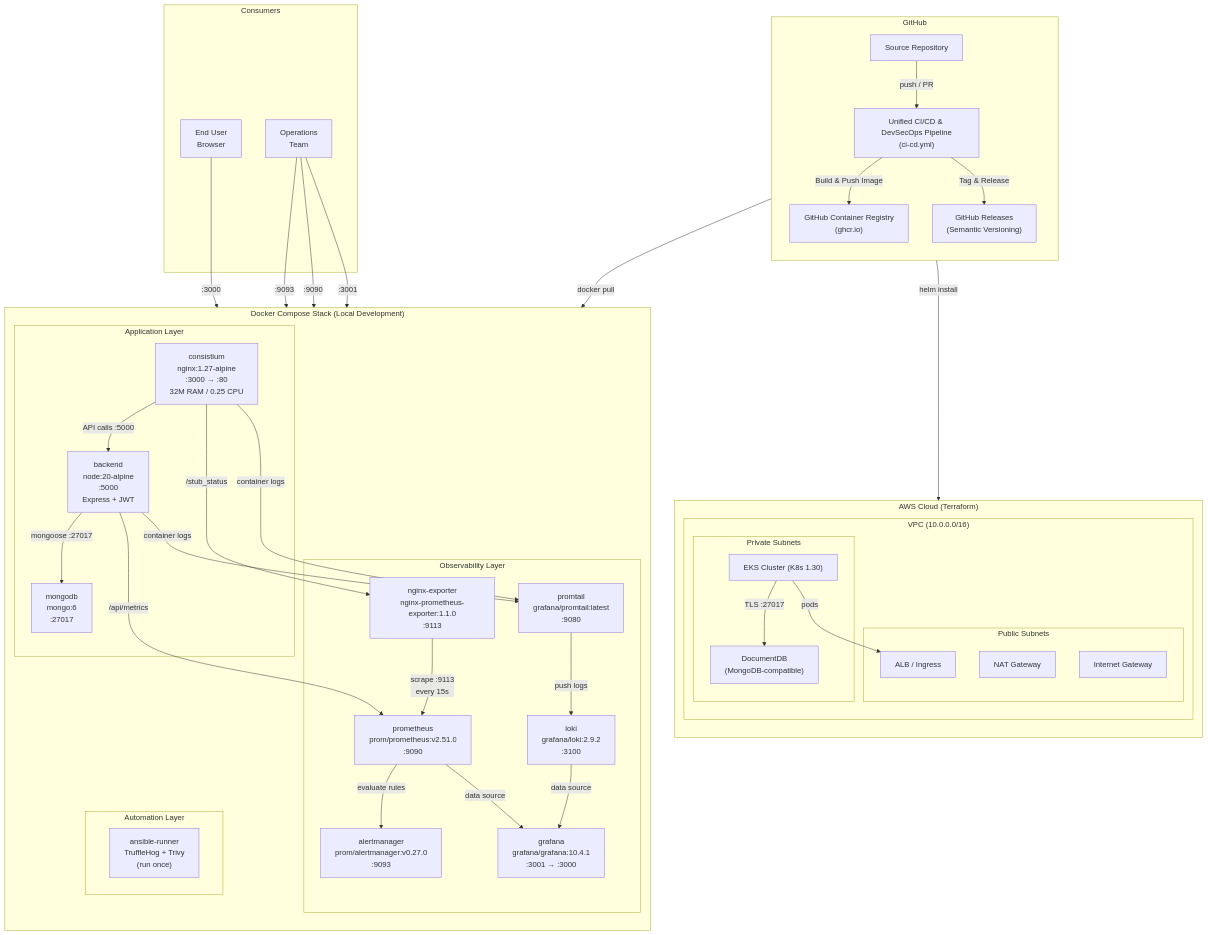
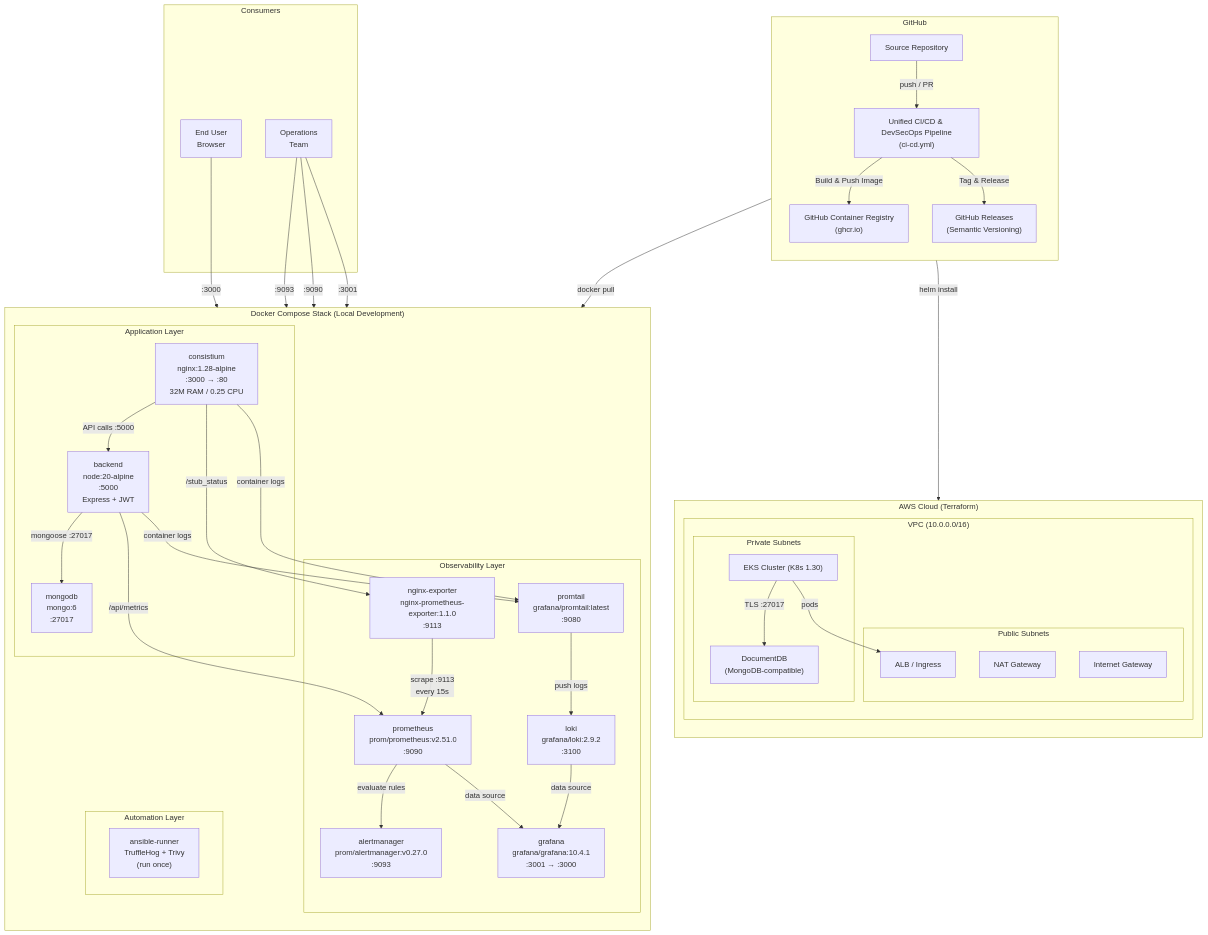
One commit to Kalpanapramodya97/consistium changed the first of 3 diagrams in docs/devops/architecture.md. Above: the diagram before and after it, drawn with Mermaid. The commit also changed other lines of this file and 2 other files, not shown here.

````diff
--- a/docs/devops/architecture.md
+++ b/docs/devops/architecture.md
@@ -7,80 +7,80 @@
 ```mermaid
 graph TB
     subgraph GitHub["GitHub"]
         direction TB
         Repo["Source Repository"]
         CI["Unified CI/CD & DevSecOps Pipeline<br/>(ci-cd.yml)"]
         GHCR["GitHub Container Registry<br/>(ghcr.io)"]
         Releases["GitHub Releases<br/>(Semantic Versioning)"]
     end
 
     subgraph DockerCompose["Docker Compose Stack (Local Development)"]
         direction TB
         subgraph AppLayer["Application Layer"]
-            Consistium["consistium<br/>nginx:1.27-alpine<br/>:3000 → :80<br/>32M RAM / 0.25 CPU"]
+            Consistium["consistium<br/>nginx:1.28-alpine<br/>:3000 → :80<br/>32M RAM / 0.25 CPU"]
             Backend["backend<br/>node:20-alpine<br/>:5000<br/>Express + JWT"]
             MongoDB["mongodb<br/>mongo:6<br/>:27017"]
         end
 
         subgraph Observability["Observability Layer"]
             Exporter["nginx-exporter<br/>nginx-prometheus-exporter:1.1.0<br/>:9113"]
             Prometheus["prometheus<br/>prom/prometheus:v2.51.0<br/>:9090"]
             Alertmanager_svc["alertmanager<br/>prom/alertmanager:v0.27.0<br/>:9093"]
             Grafana["grafana<br/>grafana/grafana:10.4.1<br/>:3001 → :3000"]
             Loki["loki<br/>grafana/loki:2.9.2<br/>:3100"]
             Promtail["promtail<br/>grafana/promtail:latest<br/>:9080"]
         end
 
         subgraph Automation["Automation Layer"]
             Ansible["ansible-runner<br/>TruffleHog + Trivy<br/>(run once)"]
         end
     end
 
     subgraph AWS["AWS Cloud (Terraform)"]
         direction TB
         subgraph AWSVPC["VPC (10.0.0.0/16)"]
             subgraph PublicSubnets["Public Subnets"]
                 ALB["ALB / Ingress"]
                 NAT["NAT Gateway"]
                 IGW["Internet Gateway"]
             end
             subgraph PrivateSubnets["Private Subnets"]
                 EKS["EKS Cluster (K8s 1.30)"]
                 DocDB["DocumentDB<br/>(MongoDB-compatible)"]
             end
         end
     end
 
     subgraph Users["Consumers"]
         Browser["End User<br/>Browser"]
         Ops["Operations<br/>Team"]
     end
 
     Repo -->|"push / PR"| CI
     CI -->|"Build & Push Image"| GHCR
     CI -->|"Tag & Release"| Releases
     GHCR -->|"docker pull"| Consistium
     GHCR -->|"helm install"| EKS
 
     Consistium -->|"API calls :5000"| Backend
     Backend -->|"mongoose :27017"| MongoDB
 
     Consistium -->|"/stub_status"| Exporter
     Backend -->|"/api/metrics"| Prometheus
     Exporter -->|"scrape :9113<br/>every 15s"| Prometheus
     Prometheus -->|"evaluate rules"| Alertmanager_svc
     Prometheus -->|"data source"| Grafana
 
     Consistium -->|"container logs"| Promtail
     Backend -->|"container logs"| Promtail
     Promtail -->|"push logs"| Loki
     Loki -->|"data source"| Grafana
 
     EKS -->|"pods"| ALB
     EKS -->|"TLS :27017"| DocDB
 
     Browser -->|":3000"| Consistium
     Ops -->|":3001"| Grafana
     Ops -->|":9090"| Prometheus
     Ops -->|":9093"| Alertmanager_svc
 ```
````
